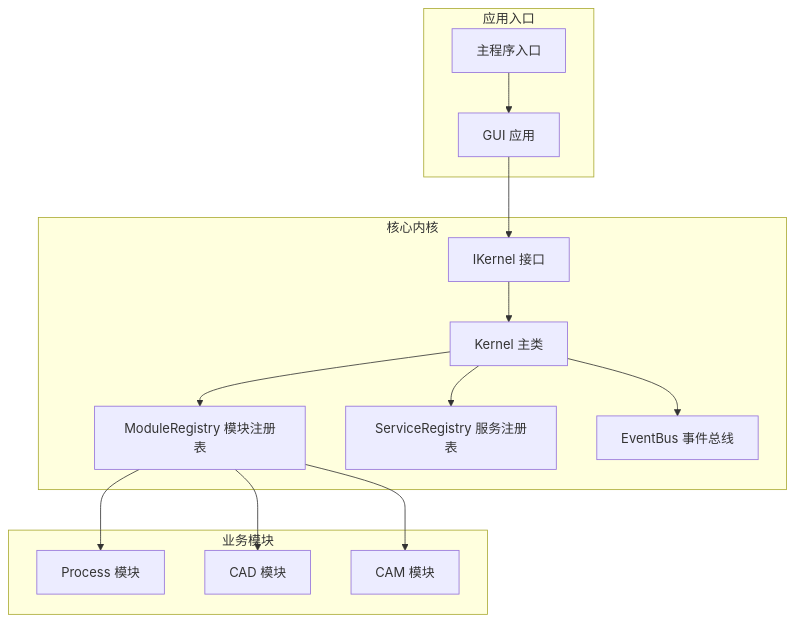
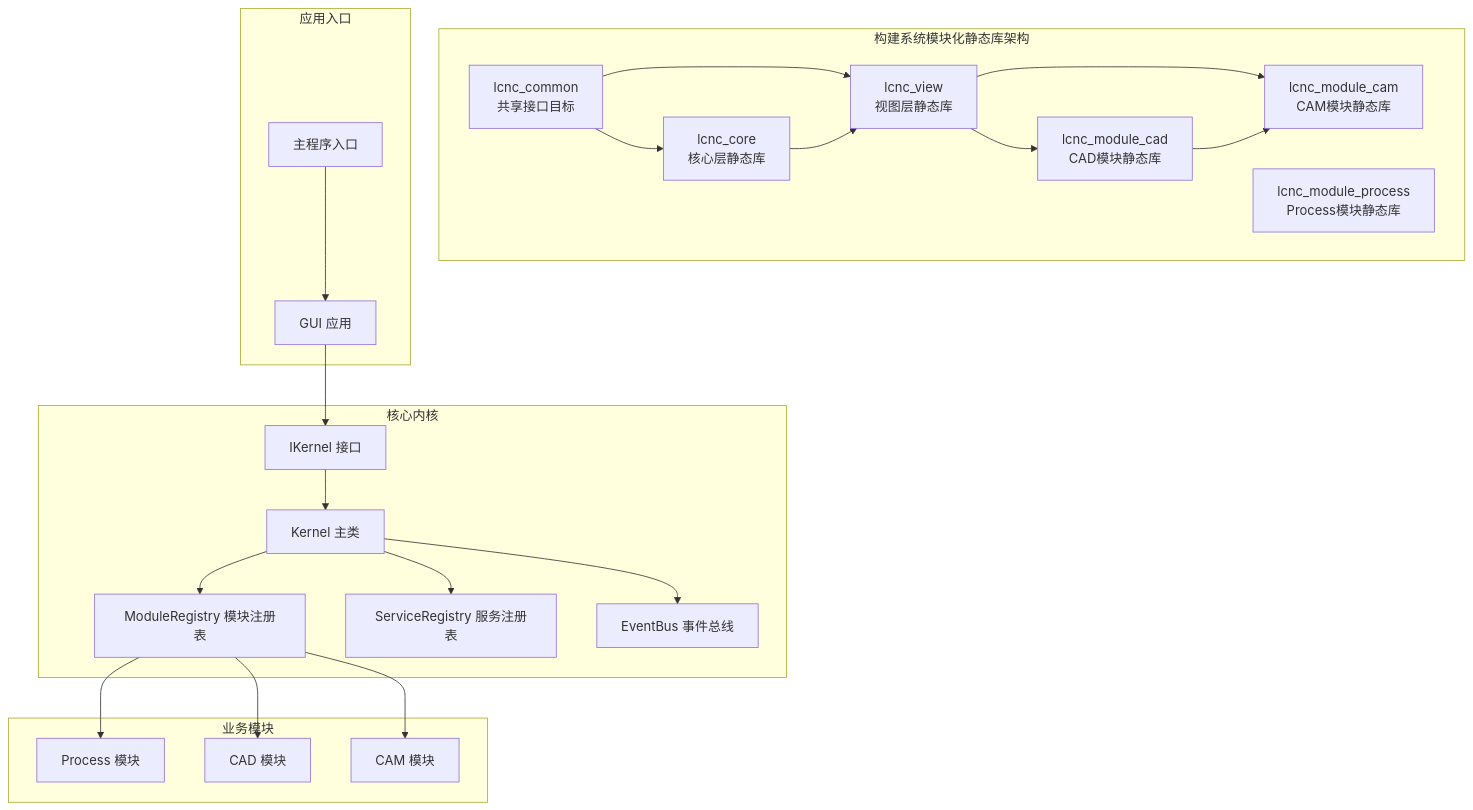
One commit to super1wang/LaserCNCv1.0 changed the first of 9 diagrams in .qoder/repowiki/zh/content/架构设计/微内核架构.md. Above: the diagram before and after it, drawn with Mermaid. The commit also changed other lines of this file and 23 other files, not shown here.

````diff
--- a/.qoder/repowiki/zh/content/架构设计/微内核架构.md
+++ b/.qoder/repowiki/zh/content/架构设计/微内核架构.md
@@ -45,28 +57,42 @@
 ```mermaid
 graph TB
+subgraph "构建系统模块化静态库架构"
+LCNC_COMMON["lcnc_common<br/>共享接口目标"]
+LCNC_CORE["lcnc_core<br/>核心层静态库"]
+LCNC_VIEW["lcnc_view<br/>视图层静态库"]
+LCNC_MODULE_CAD["lcnc_module_cad<br/>CAD模块静态库"]
+LCNC_MODULE_CAM["lcnc_module_cam<br/>CAM模块静态库"]
+LCNC_MODULE_PROCESS["lcnc_module_process<br/>Process模块静态库"]
+end
 subgraph "核心内核"
 IK["IKernel 接口"]
 KM["Kernel 主类"]
 MR["ModuleRegistry 模块注册表"]
 SR["ServiceRegistry 服务注册表"]
 EB["EventBus 事件总线"]
 end
 subgraph "业务模块"
 PM["Process 模块"]
 CAD["CAD 模块"]
 CAM["CAM 模块"]
 end
 subgraph "应用入口"
 GUI["GUI 应用"]
 MAIN["主程序入口"]
 end
 MAIN --> GUI
 GUI --> IK
 IK --> KM
 KM --> MR
 KM --> SR
 KM --> EB
 MR --> PM
 MR --> CAD
 MR --> CAM
+LCNC_COMMON --> LCNC_CORE
+LCNC_COMMON --> LCNC_VIEW
+LCNC_CORE --> LCNC_VIEW
+LCNC_VIEW --> LCNC_MODULE_CAD
+LCNC_VIEW --> LCNC_MODULE_CAM
+LCNC_MODULE_CAD --> LCNC_MODULE_CAM
 ```
````
